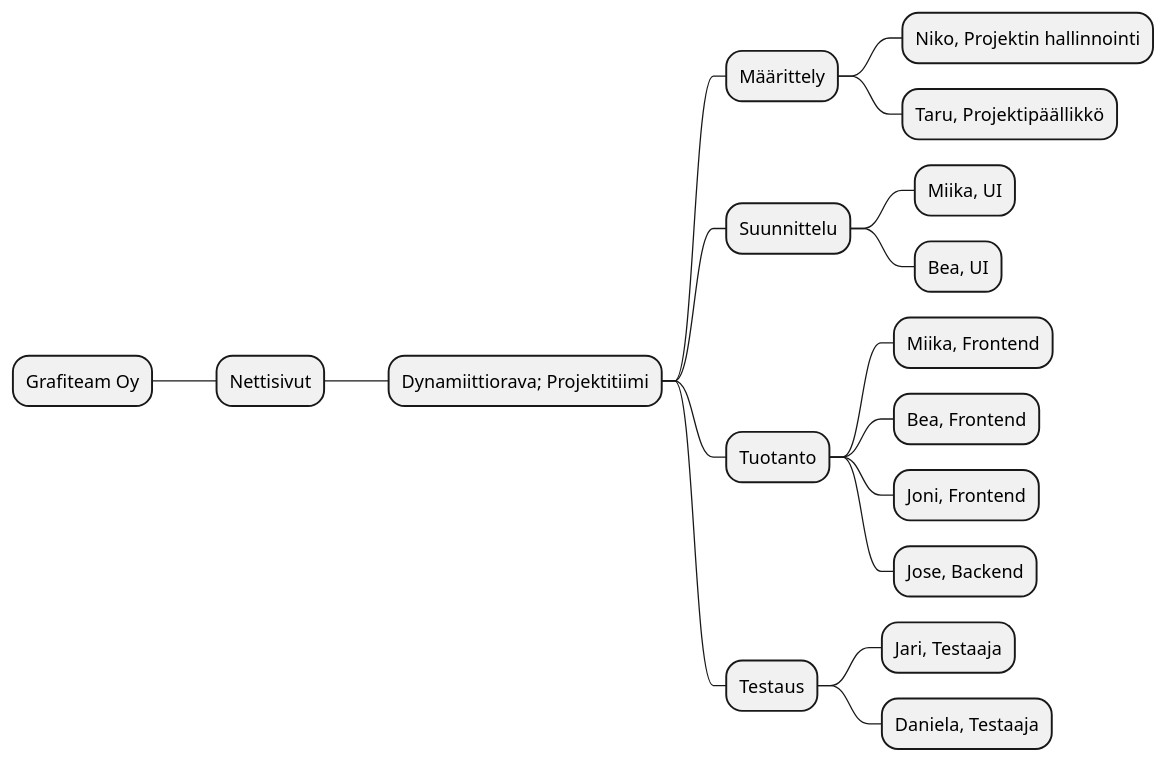
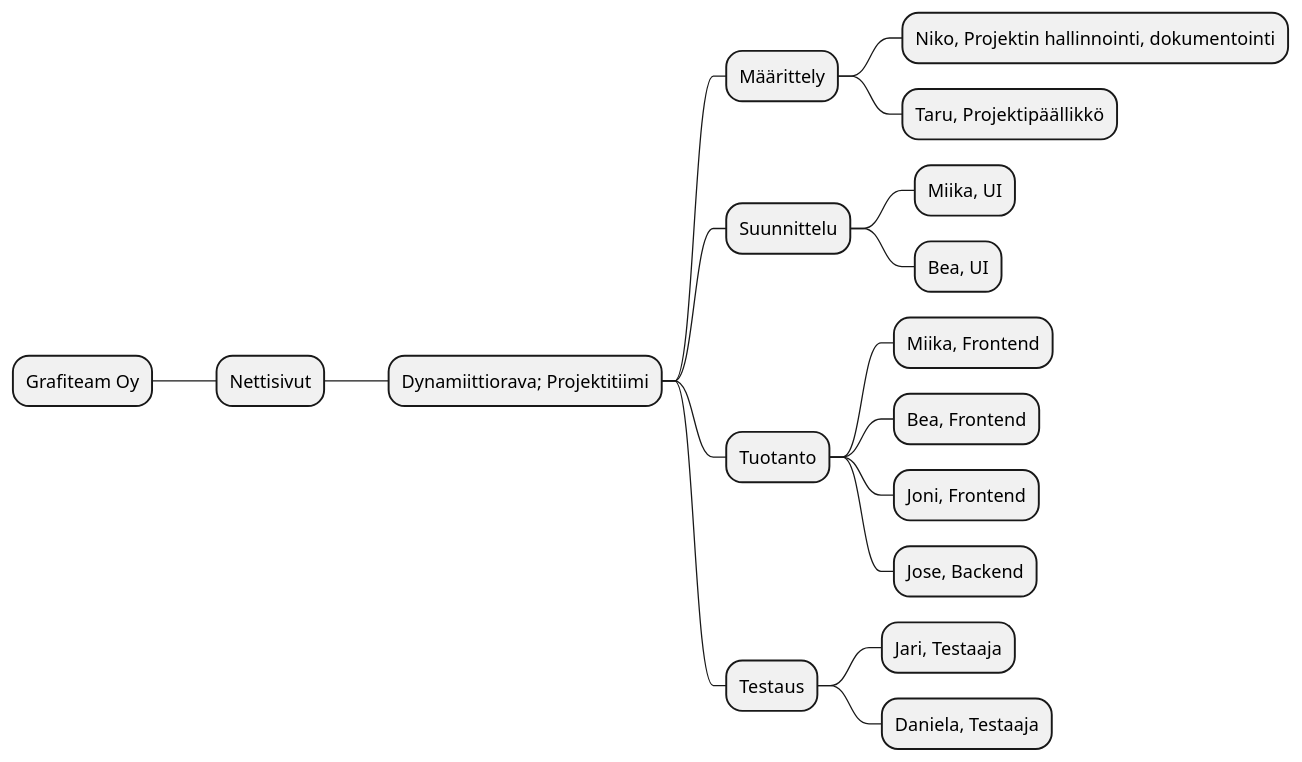
One commit to M11k4/DynamiittiOrava changed the second of 4 diagrams in dokumentit/10-Projektihallinta/Projektisuunnitelma.md. Above: the diagram before and after it, drawn with PlantUML. The commit also changed other lines of this file, not shown here.

````diff
--- a/dokumentit/10-Projektihallinta/Projektisuunnitelma.md
+++ b/dokumentit/10-Projektihallinta/Projektisuunnitelma.md
@@ -111,22 +110,22 @@
 ```plantuml
 @startmindmap
 * Grafiteam Oy
 ** Nettisivut
 *** Dynamiittiorava; Projektitiimi
 **** Määrittely
-***** Niko, Projektin hallinnointi
+***** Niko, Projektin hallinnointi, dokumentointi
 ***** Taru, Projektipäällikkö
 **** Suunnittelu
 ***** Miika, UI
 ***** Bea, UI
 **** Tuotanto
 ***** Miika, Frontend
 ***** Bea, Frontend
 ***** Joni, Frontend
 ***** Jose, Backend
 **** Testaus
 ***** Jari, Testaaja
 ***** Daniela, Testaaja
 
 @endmindmap
 ```
````
